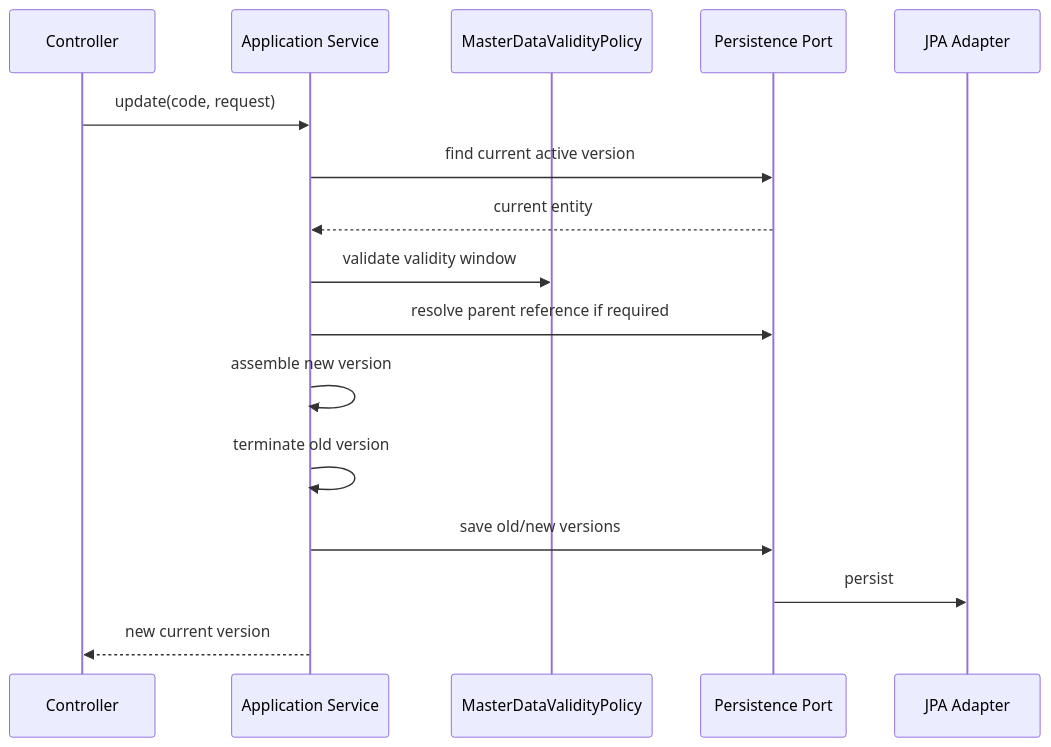
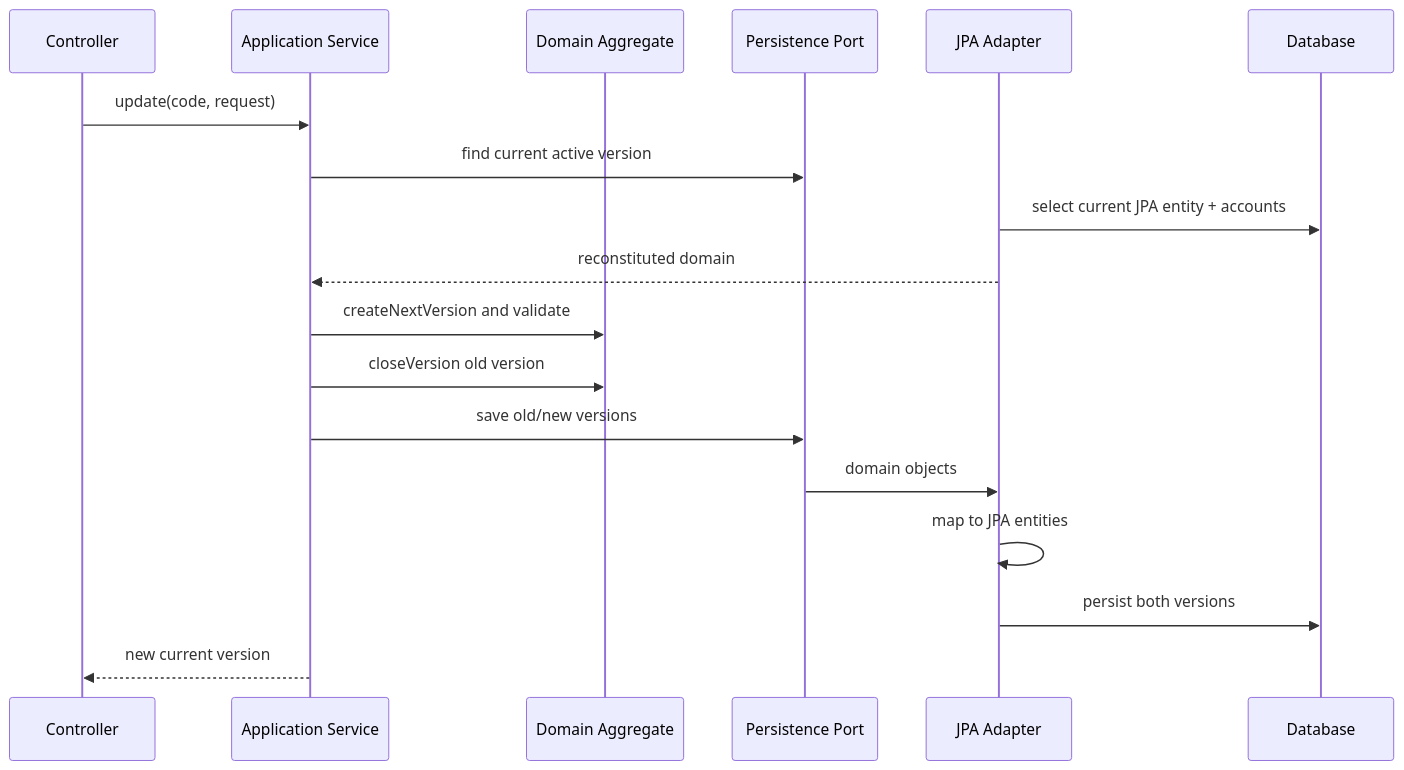
The first of 5 diagrams in master-data/docs/process-flow.md (skyg547/account), drawn with Mermaid before and after one commit. The commit also changed other lines of this file and 33 other files, not shown here.

First line of the commit message:
feat(master-data): separate business partner domain persistence

````diff
--- a/master-data/docs/process-flow.md
+++ b/master-data/docs/process-flow.md
@@ -15,19 +15,21 @@
 ```mermaid
 sequenceDiagram
     participant API as Controller
     participant Service as Application Service
-    participant Policy as MasterDataValidityPolicy
+    participant Domain as Domain Aggregate
     participant Port as Persistence Port
-    participant DB as JPA Adapter
+    participant Adapter as JPA Adapter
+    participant DB as Database
 
     API->>Service: update(code, request)
     Service->>Port: find current active version
-    Port-->>Service: current entity
-    Service->>Policy: validate validity window
-    Service->>Port: resolve parent reference if required
-    Service->>Service: assemble new version
-    Service->>Service: terminate old version
+    Adapter->>DB: select current JPA entity + accounts
+    Adapter-->>Service: reconstituted domain
+    Service->>Domain: createNextVersion and validate
+    Service->>Domain: closeVersion old version
     Service->>Port: save old/new versions
-    Port->>DB: persist
+    Port->>Adapter: domain objects
+    Adapter->>Adapter: map to JPA entities
+    Adapter->>DB: persist both versions
     Service-->>API: new current version
 ```
````
